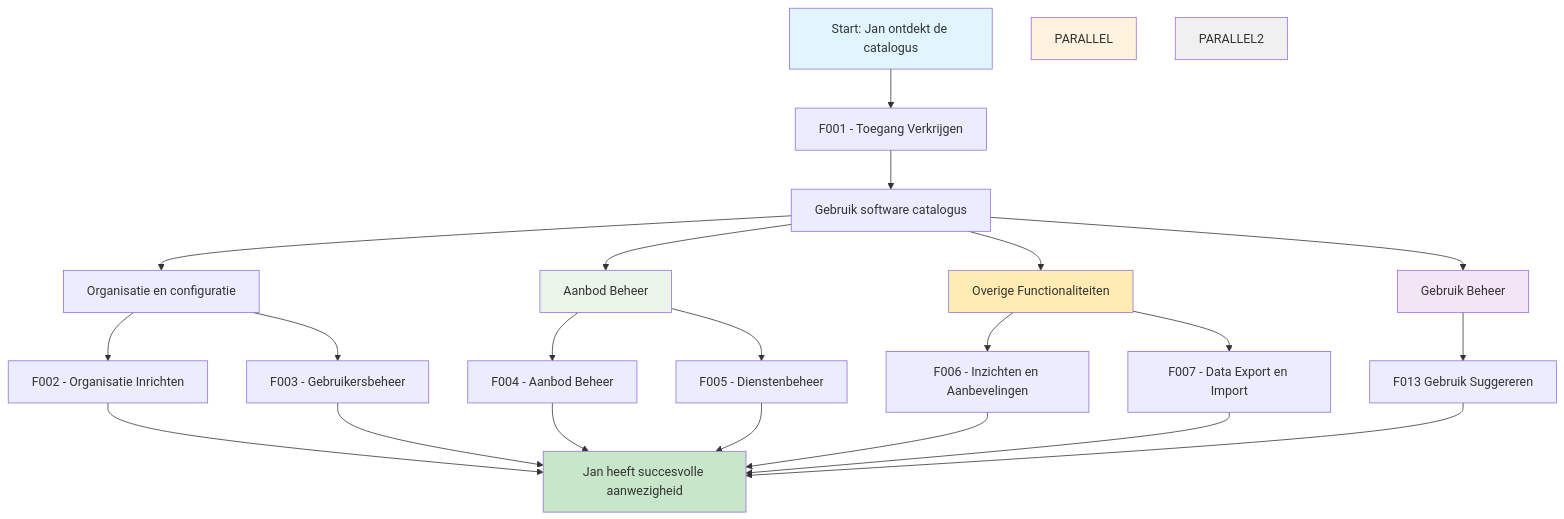
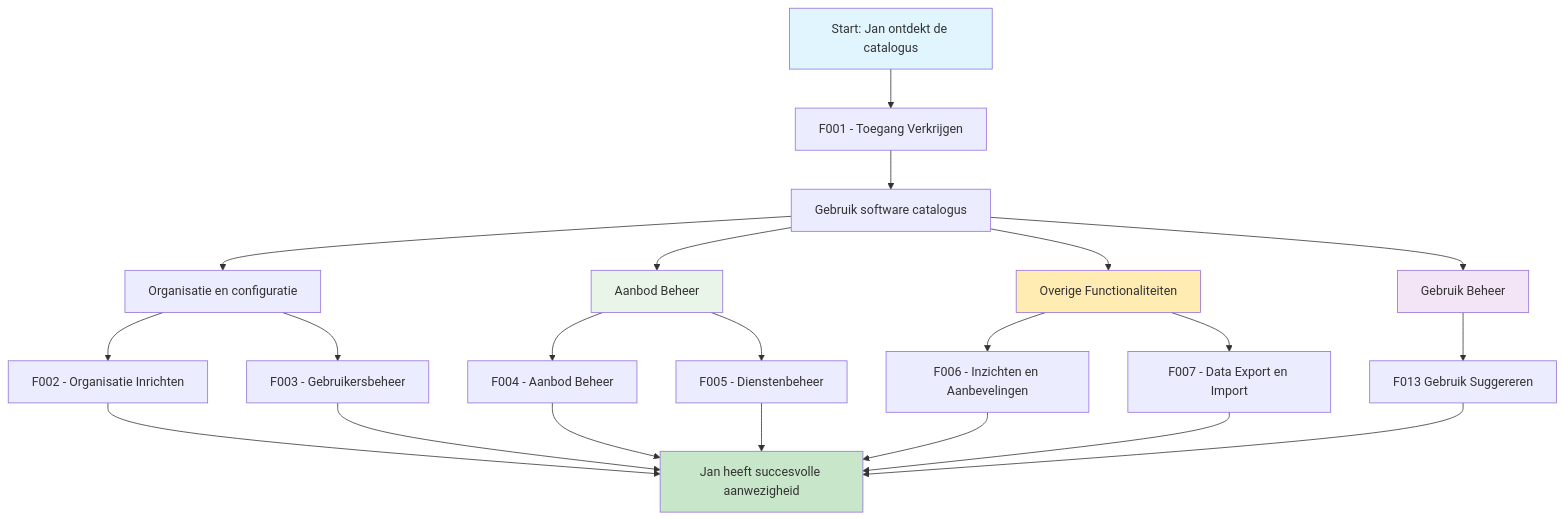
The diagram in website/docs/Klantreizen/klantreis_leverancier.md (VNG-Realisatie/Softwarecatalogus), drawn with Mermaid before and after one commit. The commit also changed 4 other files, not shown here.

````diff
--- a/website/docs/Klantreizen/klantreis_leverancier.md
+++ b/website/docs/Klantreizen/klantreis_leverancier.md
@@ -43,44 +43,40 @@
 ```mermaid
 flowchart TD
     A[Start: Jan ontdekt de catalogus] --> F001[F001 - Toegang Verkrijgen]
     F001 --> GEBRUIK[Gebruik software catalogus]
 
-    
-    %% Parallelle activiteiten na basis inrichting
-    
+       
     %% Aanbod beheer (parallel)
     GEBRUIK --> INRICHTING[Organisatie en configuratie]
     INRICHTING --> F002[F002 - Organisatie Inrichten]
     INRICHTING --> F003[F003 - Gebruikersbeheer]
 
     %% Aanbod beheer (parallel)
     GEBRUIK --> AANBOD[Aanbod Beheer]
     AANBOD --> F004[F004 - Aanbod Beheer]
     AANBOD --> F005[F005 - Dienstenbeheer]
     
     %% Klant beheer (parallel)
     GEBRUIK --> KLANT[Gebruik Beheer]
     KLANT --> F013[F013 Gebruik Suggereren]
     
     %% Overige functionaliteiten (parallel)
     GEBRUIK --> OVERIG[Overige Functionaliteiten]
     OVERIG --> F006[F006 - Inzichten en Aanbevelingen]
     OVERIG --> F007[F007 - Data Export en Import]
     
     F002 --> END[Jan heeft succesvolle aanwezigheid]
     F003 --> END
     F004 --> END
     F005 --> END
     F006 --> END
     F007 --> END
     F013 --> END
     
     %% Styling
     style A fill:#e1f5fe
     style END fill:#c8e6c9
-    style PARALLEL fill:#fff3e0
-    style PARALLEL2 fill:#f0f0f0
     style AANBOD fill:#e8f5e8
     style KLANT fill:#f3e5f5
     style OVERIG fill:#ffecb3
 ```
````
